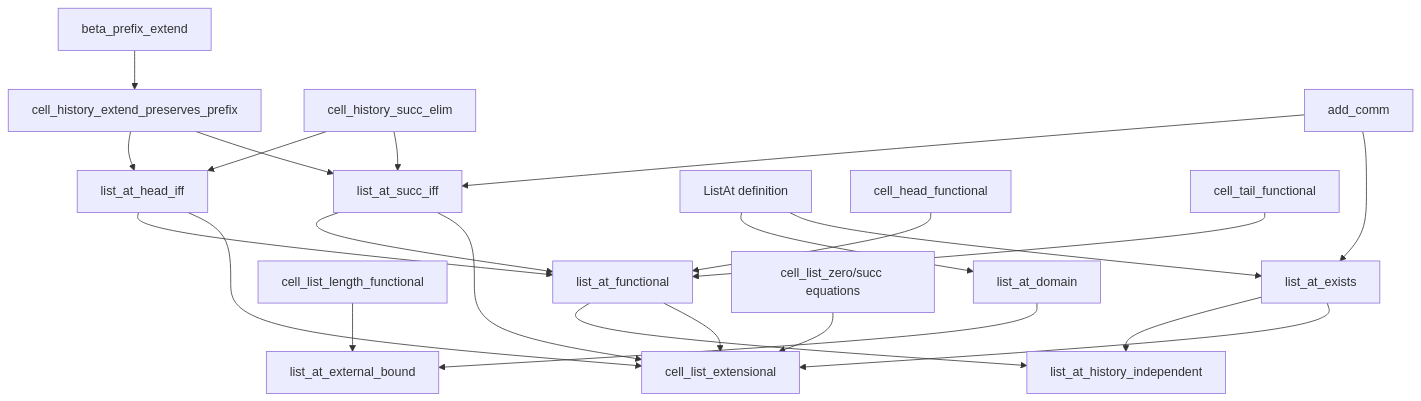
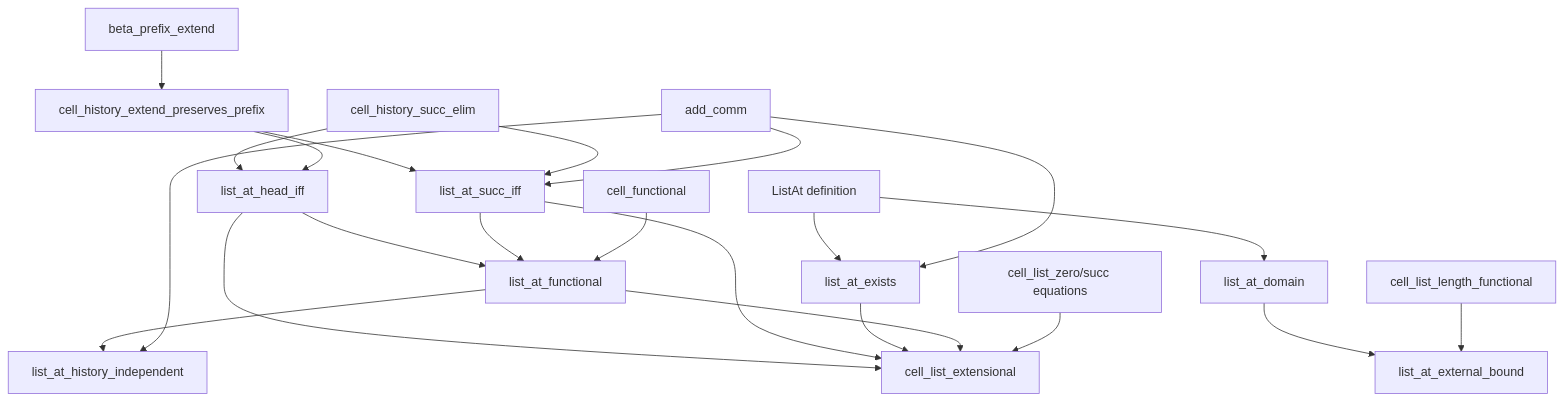
The diagram in research/arithmetic-library/ha-cell-list-lookup-rfc-v1.md (nasqret/vietnam2026), drawn with Mermaid before and after one commit. The commit also changed other lines of this file and 14 other files, not shown here.

````diff
--- a/research/arithmetic-library/ha-cell-list-lookup-rfc-v1.md
+++ b/research/arithmetic-library/ha-cell-list-lookup-rfc-v1.md
@@ -253,29 +253,28 @@
 ```mermaid
 flowchart TD
   BPE[beta_prefix_extend] --> PRES[cell_history_extend_preserves_prefix]
   CHE[cell_history_succ_elim] --> HEAD[list_at_head_iff]
   PRES --> HEAD
   PRES --> SUCC[list_at_succ_iff]
   CHE --> SUCC
   AC[add_comm] --> SUCC
 
   DEF[ListAt definition] --> DOM[list_at_domain]
   DOM --> BOUND[list_at_external_bound]
   LEN[cell_list_length_functional] --> BOUND
   DEF --> EXISTS[list_at_exists]
   AC --> EXISTS
 
   HEAD --> FUNC[list_at_functional]
   SUCC --> FUNC
-  CHF[cell_head_functional] --> FUNC
-  CTF[cell_tail_functional] --> FUNC
+  CF[cell_functional] --> FUNC
 
-  EXISTS --> INDEP[list_at_history_independent]
-  FUNC --> INDEP
+  FUNC --> INDEP[list_at_history_independent]
+  AC --> INDEP
 
   HEAD --> EXT[cell_list_extensional]
   SUCC --> EXT
   EXISTS --> EXT
   FUNC --> EXT
   EQNS[cell_list_zero/succ equations] --> EXT
 ```
````
